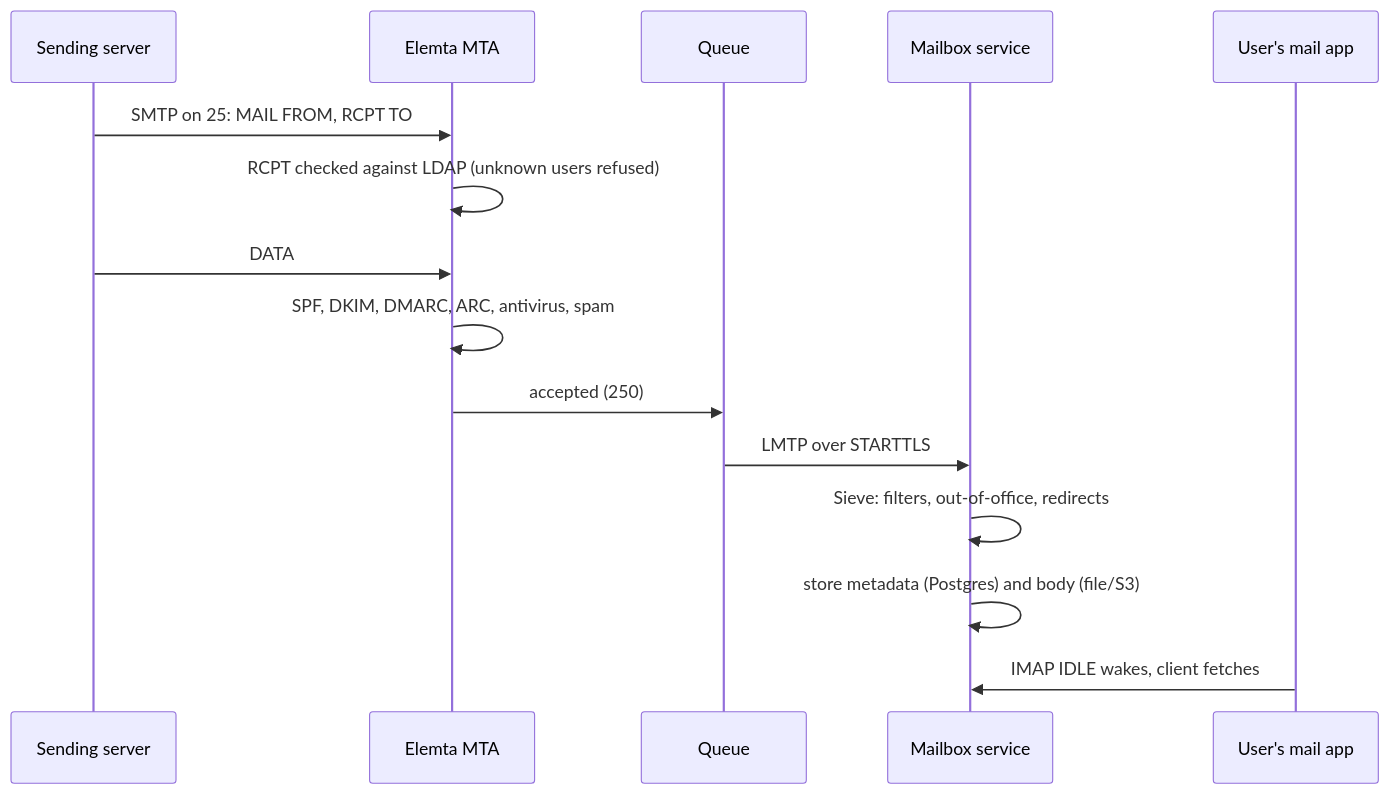
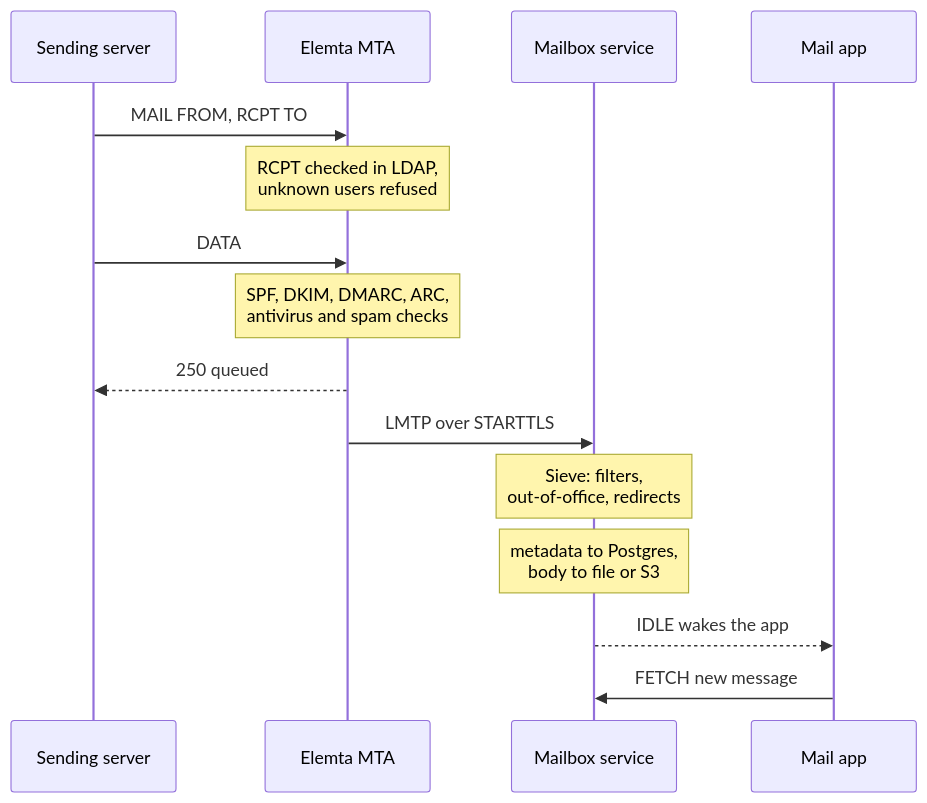
One commit to EvalAlan/elemta changed the diagram in docs/diagrams/message-flow.mmd. Above: the diagram before and after it, drawn with Mermaid. The commit also changed 18 other files, not shown here.

First line of the commit message:
Docs: redraw the diagrams to read top to bottom

```diff
--- a/docs/diagrams/message-flow.mmd
+++ b/docs/diagrams/message-flow.mmd
@@ -1,15 +1,15 @@
 sequenceDiagram
     participant S as Sending server
     participant M as Elemta MTA
-    participant Q as Queue
     participant B as Mailbox service
-    participant U as User's mail app
-    S->>M: SMTP on 25: MAIL FROM, RCPT TO
-    M->>M: RCPT checked against LDAP (unknown users refused)
+    participant U as Mail app
+    S->>M: MAIL FROM, RCPT TO
+    Note over M: RCPT checked in LDAP,<br/>unknown users refused
     S->>M: DATA
-    M->>M: SPF, DKIM, DMARC, ARC, antivirus, spam
-    M->>Q: accepted (250)
-    Q->>B: LMTP over STARTTLS
-    B->>B: Sieve: filters, out-of-office, redirects
-    B->>B: store metadata (Postgres) and body (file/S3)
-    U->>B: IMAP IDLE wakes, client fetches
+    Note over M: SPF, DKIM, DMARC, ARC,<br/>antivirus and spam checks
+    M-->>S: 250 queued
+    M->>B: LMTP over STARTTLS
+    Note over B: Sieve: filters,<br/>out-of-office, redirects
+    Note over B: metadata to Postgres,<br/>body to file or S3
+    B-->>U: IDLE wakes the app
+    U->>B: FETCH new message
```
